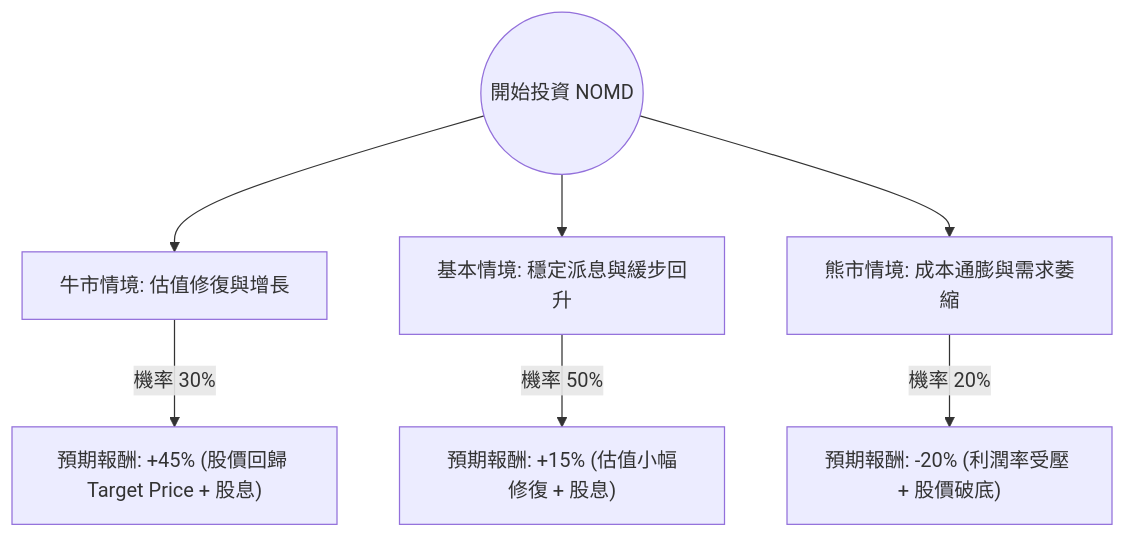
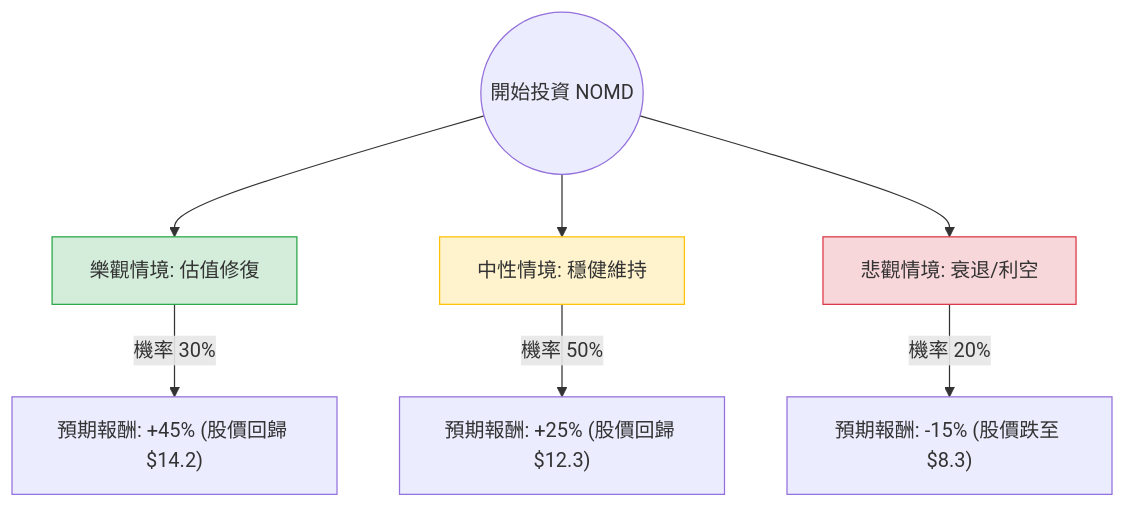
One commit to zmcx16/zmcx16.github.io changed the diagram in plugin-react/ai-analysis/ev-analysis/NOMD.md. Above: the diagram before and after it, drawn with Mermaid. The commit also changed other lines of this file and 87 other files, not shown here.

````diff
--- a/plugin-react/ai-analysis/ev-analysis/NOMD.md
+++ b/plugin-react/ai-analysis/ev-analysis/NOMD.md
@@ -17,10 +25,14 @@
 ```mermaid
 graph TD
-    Start((開始投資 NOMD)) --> Bull[牛市情境: 估值修復與增長]
-    Start --> Base[基本情境: 穩定派息與緩步回升]
-    Start --> Bear[熊市情境: 成本通膨與需求萎縮]
+    Start((開始投資 NOMD)) --> Bull[樂觀情境: 估值修復]
+    Start --> Base[中性情境: 穩健維持]
+    Start --> Bear[悲觀情境: 衰退/利空]
 
-    Bull -- "機率 30%" --> BullResult["預期報酬: +45% (股價回歸 Target Price + 股息)"]
-    Base -- "機率 50%" --> BaseResult["預期報酬: +15% (估值小幅修復 + 股息)"]
-    Bear -- "機率 20%" --> BearResult["預期報酬: -20% (利潤率受壓 + 股價破底)"]
+    Bull -- "機率 30%" --> BullVal["預期報酬: +45% (股價回歸 $14.2)"]
+    Base -- "機率 50%" --> BaseVal["預期報酬: +25% (股價回歸 $12.3)"]
+    Bear -- "機率 20%" --> BearVal["預期報酬: -15% (股價跌至 $8.3)"]
+
+    style Bull fill:#d4edda,stroke:#28a745
+    style Base fill:#fff3cd,stroke:#ffc107
+    style Bear fill:#f8d7da,stroke:#dc3545
 ```
````
